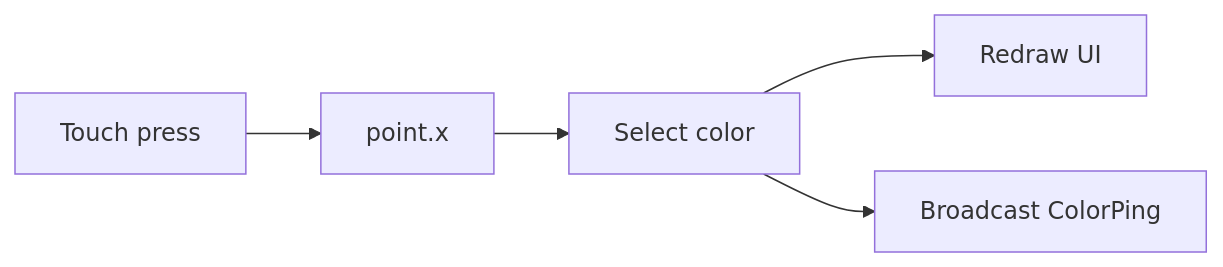
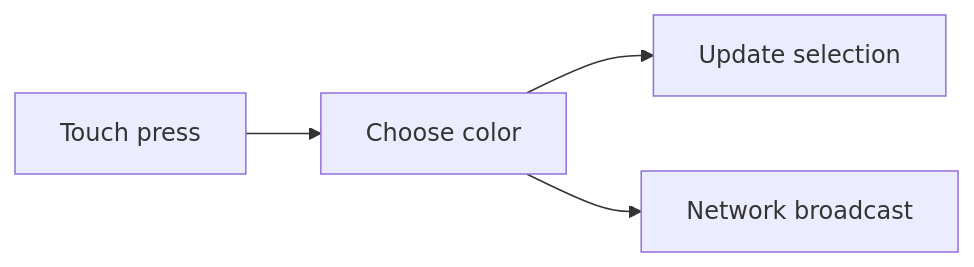
The tenth of 13 diagrams in README.md (wackazong/hackandhike-2026), drawn with Mermaid before and after one commit. The commit also changed other lines of this file, not shown here.

````diff
--- a/README.md
+++ b/README.md
@@ -1154,7 +773,6 @@
 ```mermaid
 flowchart LR
-    Touch["Touch press"] --> X["point.x"]
-    X --> Color["Select color"]
-    Color --> Draw["Redraw UI"]
-    Color --> Send["Broadcast ColorPing"]
+    Touch["Touch press"] --> Color["Choose color"]
+    Color --> Draw["Update selection"]
+    Color --> Send["Network broadcast"]
 ```
````
